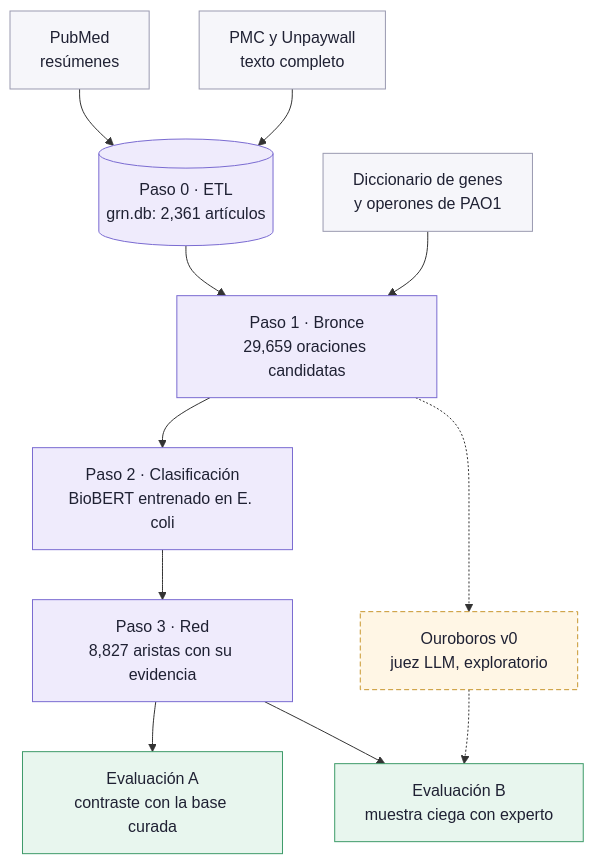
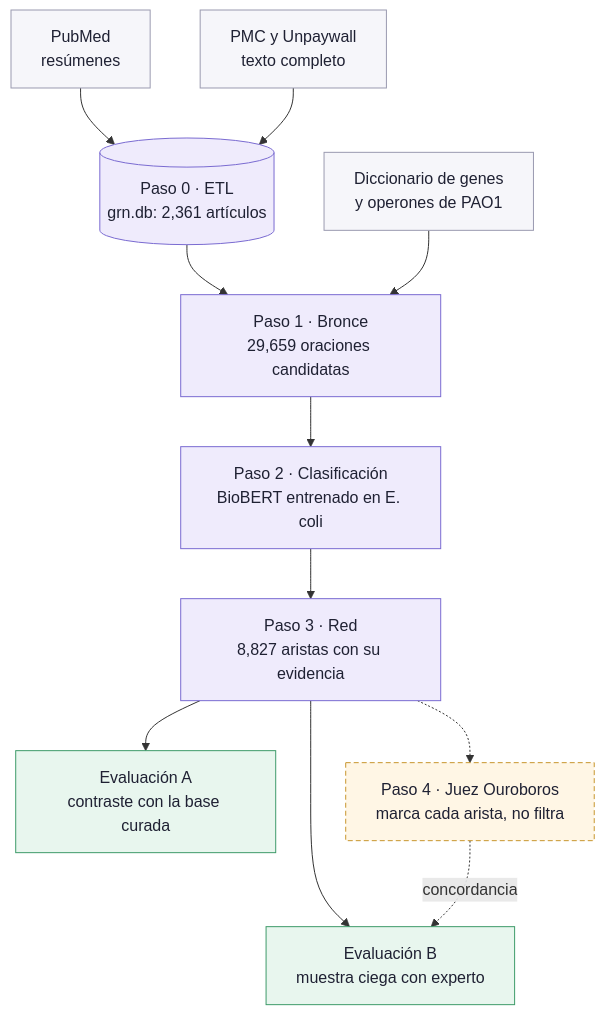
One commit to MonkeyDMemo/download_abstract_pdf changed the first of 6 diagrams in docs/reporte/reporte.md. Above: the diagram before and after it, drawn with Mermaid. The commit also changed other lines of this file and 3 other files, not shown here.

````diff
--- a/docs/reporte/reporte.md
+++ b/docs/reporte/reporte.md
@@ -48,25 +48,26 @@
 ```mermaid
 flowchart TB
   PM["PubMed<br/>resúmenes"]:::fuente
   PMC["PMC y Unpaywall<br/>texto completo"]:::fuente
   DB[("Paso 0 · ETL<br/>grn.db: 2,361 artículos")]:::paso
   DIC["Diccionario de genes<br/>y operones de PAO1"]:::fuente
   OC["Paso 1 · Bronce<br/>29,659 oraciones candidatas"]:::paso
   BB["Paso 2 · Clasificación<br/>BioBERT entrenado en E. coli"]:::paso
   RED["Paso 3 · Red<br/>8,827 aristas con su evidencia"]:::paso
   CUR["Evaluación A<br/>contraste con la base curada"]:::ev
   CIEGA["Evaluación B<br/>muestra ciega con experto"]:::ev
-  OU["Ouroboros v0<br/>juez LLM, exploratorio"]:::expl
+  OU["Paso 4 · Juez Ouroboros<br/>marca cada arista, no filtra"]:::expl
   PM --> DB
   PMC --> DB
   DB --> OC
   DIC --> OC
   OC --> BB --> RED
   RED --> CUR
   RED --> CIEGA
-  OC -.-> OU -.-> CIEGA
+  RED -.-> OU
+  OU -. "concordancia" .-> CIEGA
   classDef fuente fill:#F6F6FA,stroke:#9A9AB0,color:#1F2133
   classDef paso fill:#EFEBFC,stroke:#7A6BD1,color:#1F2133
   classDef ev fill:#E8F6EE,stroke:#3E9B6A,color:#1F2133
   classDef expl fill:#FFF6E5,stroke:#C8962E,stroke-dasharray:5 3,color:#1F2133
 ```
````
